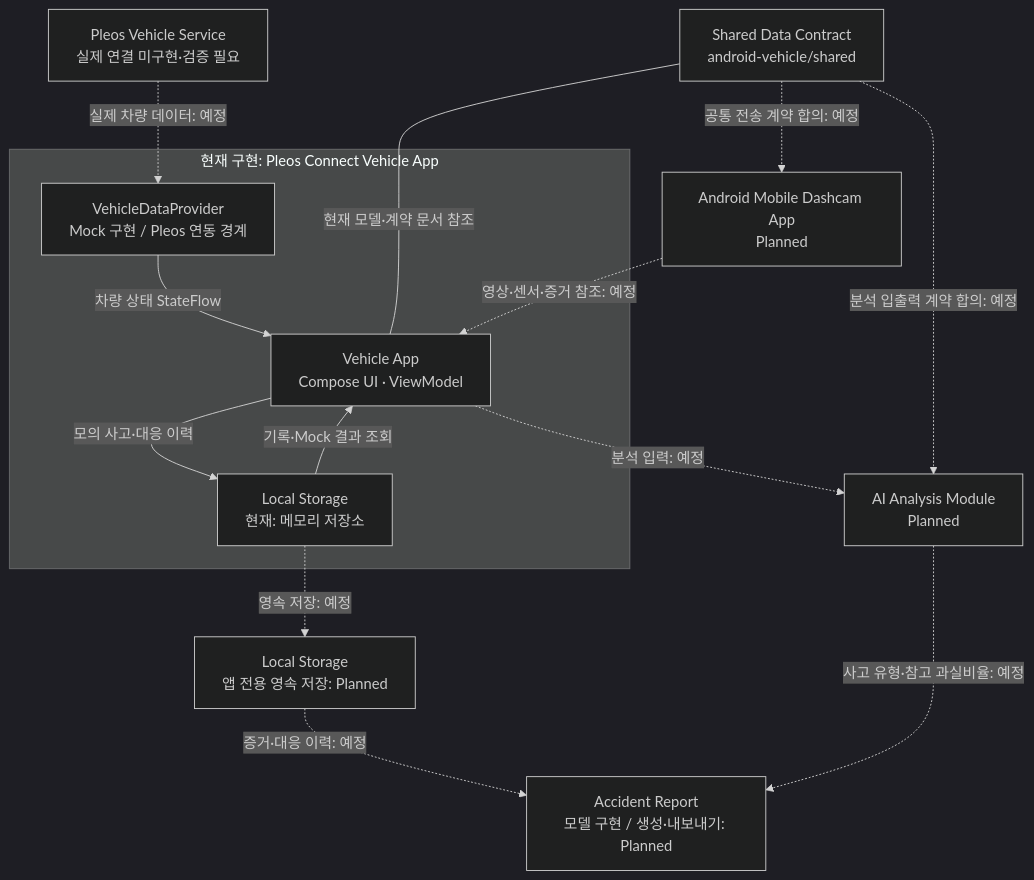
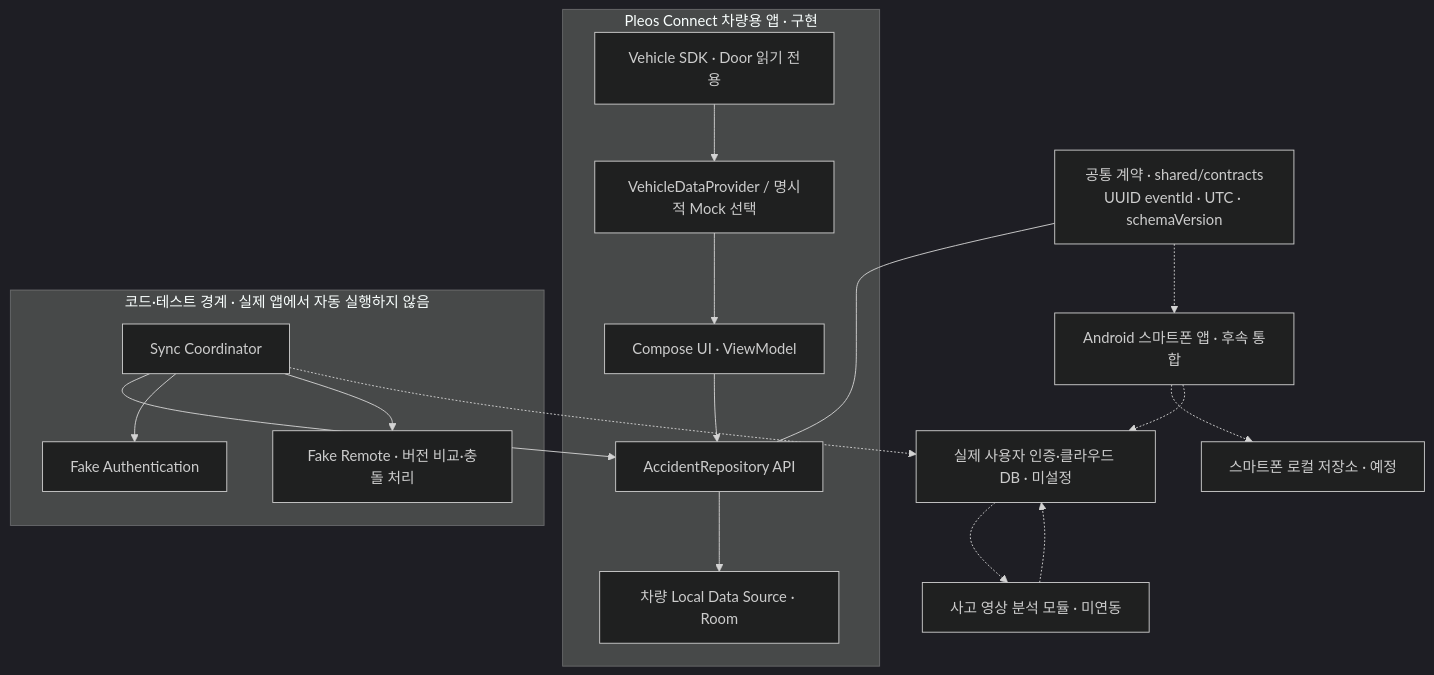
The first of 2 diagrams in README.md (WhiteBearCode02/CheckMate), drawn with Mermaid (dark theme) before and after one commit. The commit also changed other lines of this file and 8 other files, not shown here.

````diff
--- a/README.md
+++ b/README.md
@@ -62,26 +59,21 @@
 ```mermaid
 flowchart TB
-    subgraph Current["현재 구현: Pleos Connect Vehicle App"]
-        Provider["VehicleDataProvider<br/>Mock 구현 / Pleos 연동 경계"]
-        Vehicle["Vehicle App<br/>Compose UI · ViewModel"]
-        Memory["Local Storage<br/>현재: 메모리 저장소"]
-        Provider -->|"차량 상태 StateFlow"| Vehicle
-        Vehicle -->|"모의 사고·대응 이력"| Memory
-        Memory -->|"기록·Mock 결과 조회"| Vehicle
+    subgraph Vehicle["Pleos Connect 차량용 앱 · 구현"]
+        SDK["Vehicle SDK · Door 읽기 전용"] --> Provider["VehicleDataProvider / 명시적 Mock 선택"]
+        Provider --> UI["Compose UI · ViewModel"]
+        UI --> Repo["AccidentRepository API"]
+        Repo --> Local["차량 Local Data Source · Room"]
     end
-    Contract["Shared Data Contract<br/>android-vehicle/shared"]
-    Mobile["Android Mobile Dashcam App<br/>Planned"]
-    AI["AI Analysis Module<br/>Planned"]
-    Disk["Local Storage<br/>앱 전용 영속 저장: Planned"]
-    Report["Accident Report<br/>모델 구현 / 생성·내보내기: Planned"]
-    SDK["Pleos Vehicle Service<br/>실제 연결 미구현·검증 필요"]
-    Contract ---|"현재 모델·계약 문서 참조"| Vehicle
-    SDK -.->|"실제 차량 데이터: 예정"| Provider
-    Mobile -.->|"영상·센서·증거 참조: 예정"| Vehicle
-    Contract -.->|"공통 전송 계약 합의: 예정"| Mobile
-    Contract -.->|"분석 입출력 계약 합의: 예정"| AI
-    Vehicle -.->|"분석 입력: 예정"| AI
-    Memory -.->|"영속 저장: 예정"| Disk
-    Disk -.->|"증거·대응 이력: 예정"| Report
-    AI -.->|"사고 유형·참고 과실비율: 예정"| Report
+    Contract["공통 계약 · shared/contracts<br/>UUID eventId · UTC · schemaVersion"] --- Repo
+    subgraph Fake["코드·테스트 경계 · 실제 앱에서 자동 실행하지 않음"]
+        Sync["Sync Coordinator"] --> Repo
+        Sync --> FakeAuth["Fake Authentication"]
+        Sync --> FakeRemote["Fake Remote · 버전 비교·충돌 처리"]
+    end
+    Mobile["Android 스마트폰 앱 · 후속 통합"] -.-> MobileLocal["스마트폰 로컬 저장소 · 예정"]
+    Contract -.-> Mobile
+    Sync -.-> Cloud["실제 사용자 인증·클라우드 DB · 미설정"]
+    Mobile -.-> Cloud
+    Cloud -.-> AI["사고 영상 분석 모듈 · 미연동"]
+    AI -.-> Cloud
 ```
````
